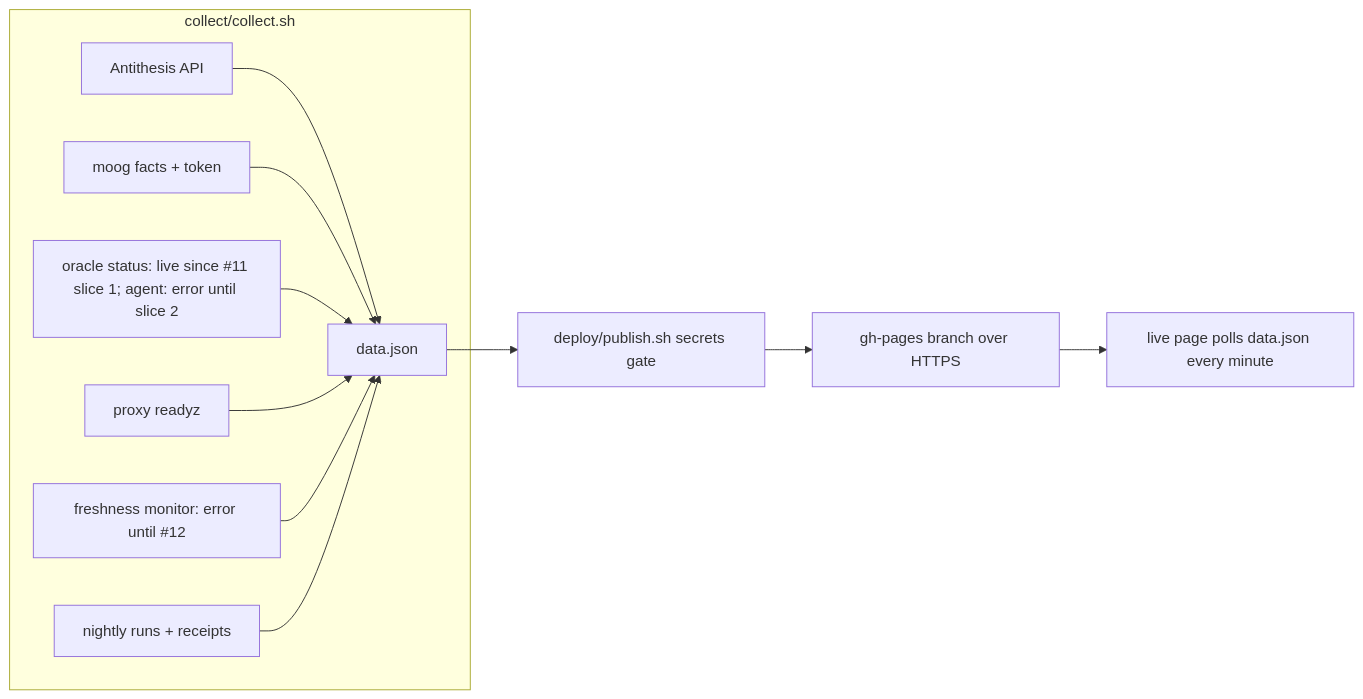
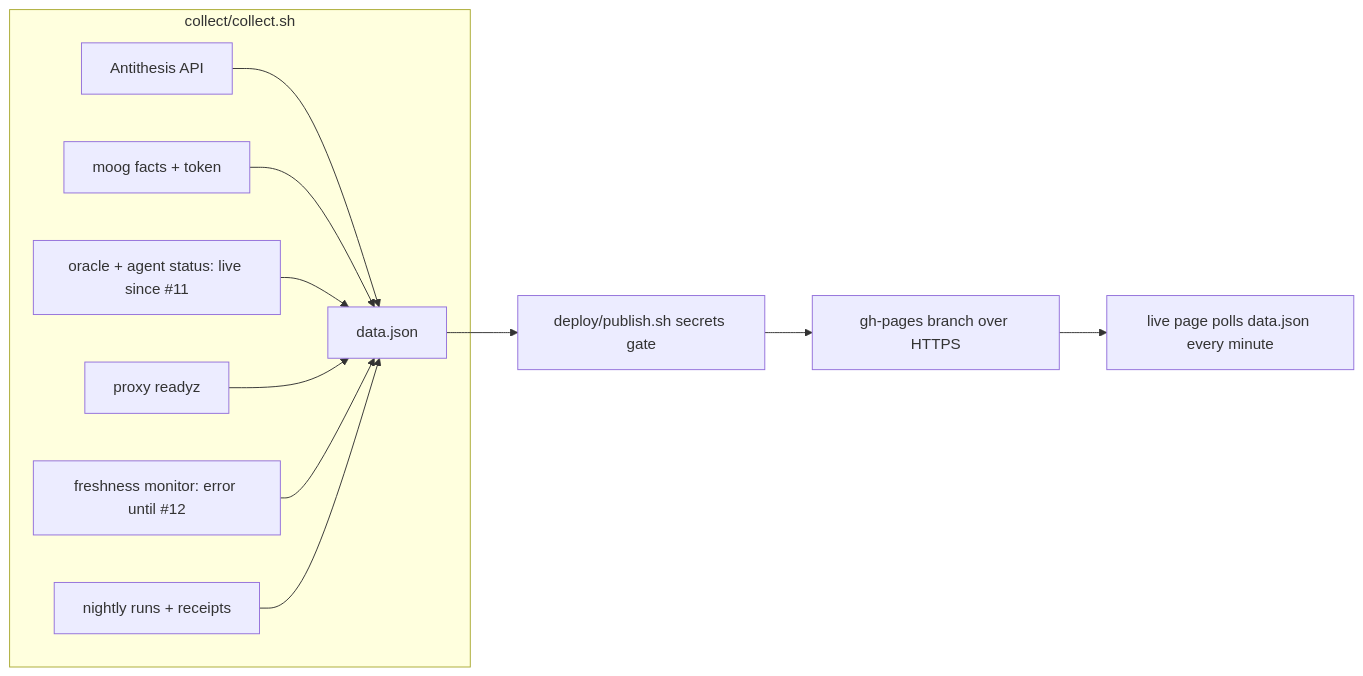
The diagram in README.md (lambdasistemi/moog-antithesis-dashboard), drawn with Mermaid before and after one commit. The commit also changed other lines of this file and 4 other files, not shown here.

Commit message:
feat: the agent reports status and log counts through a GitHub issue

````diff
--- a/README.md
+++ b/README.md
@@ -29,14 +29,14 @@
 ```mermaid
 flowchart LR
     subgraph collect [collect/collect.sh]
         A[Antithesis API] --> J[data.json]
         B[moog facts + token] --> J
-        C[oracle status: live since #11 slice 1; agent: error until slice 2] --> J
+        C[oracle + agent status: live since #11] --> J
         D[proxy readyz] --> J
         E[freshness monitor: error until #12] --> J
         F[nightly runs + receipts] --> J
     end
     J --> K[deploy/publish.sh secrets gate]
     K --> L[gh-pages branch over HTTPS]
     L --> M[live page polls data.json every minute]
 ```
````
